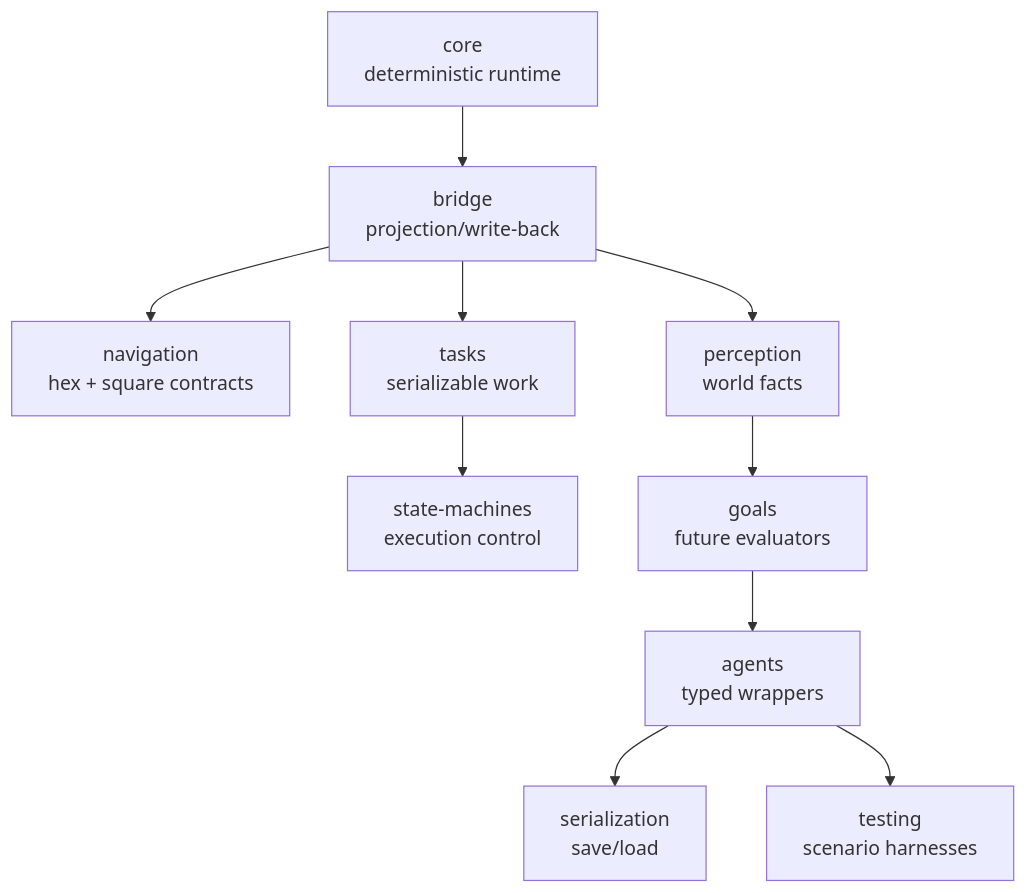
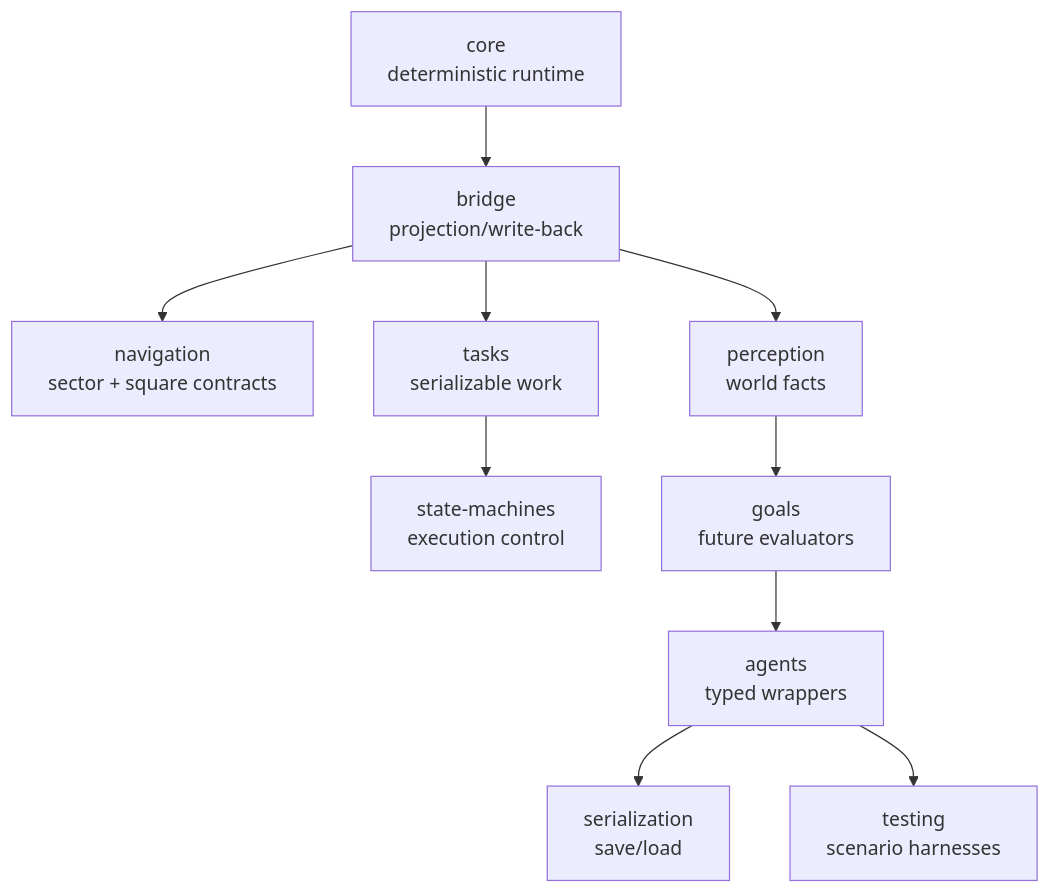
The diagram in docs/plans/AI_REQUIREMENTS.md (arcade-cabinet/syntheteria), drawn with Mermaid before and after one commit. The commit also changed 249 other files, not shown here.

````diff
--- a/docs/plans/AI_REQUIREMENTS.md
+++ b/docs/plans/AI_REQUIREMENTS.md
@@ -158,12 +158,12 @@
 ```mermaid
 flowchart TD
     Core["core<br/>deterministic runtime"] --> Bridge["bridge<br/>projection/write-back"]
-    Bridge --> Nav["navigation<br/>hex + square contracts"]
+    Bridge --> Nav["navigation<br/>sector + square contracts"]
     Bridge --> Tasks["tasks<br/>serializable work"]
     Tasks --> FSM["state-machines<br/>execution control"]
     Bridge --> Perception["perception<br/>world facts"]
     Perception --> Goals["goals<br/>future evaluators"]
     Goals --> Agents["agents<br/>typed wrappers"]
     Agents --> Serialization["serialization<br/>save/load"]
     Agents --> Testing["testing<br/>scenario harnesses"]
 ```
````
